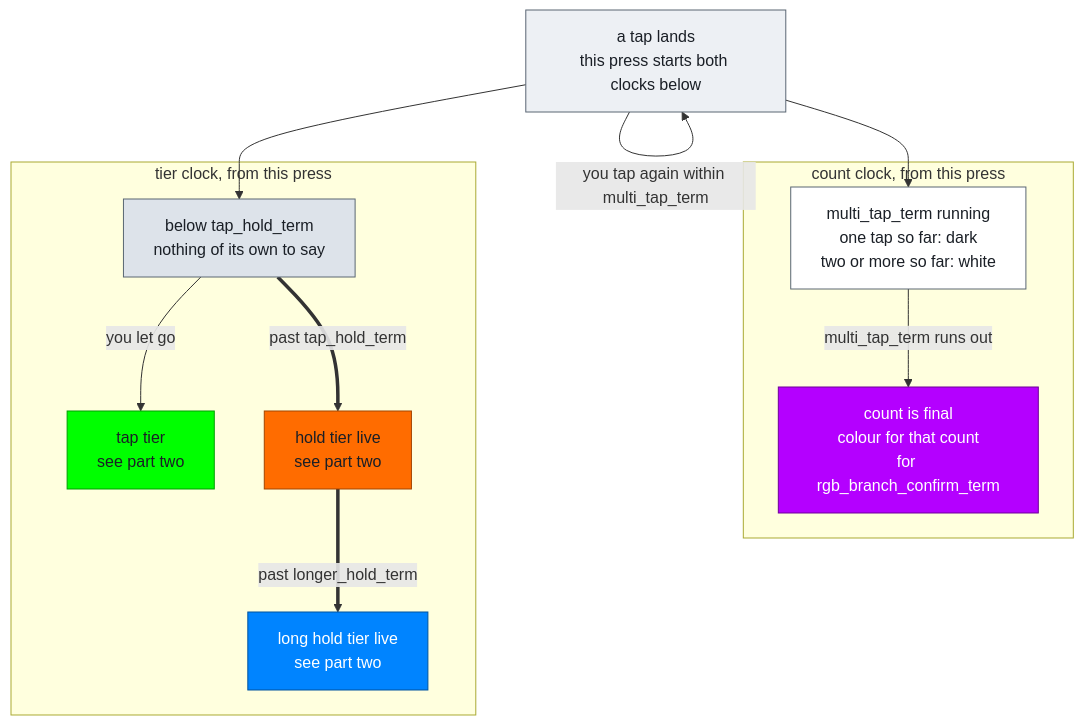
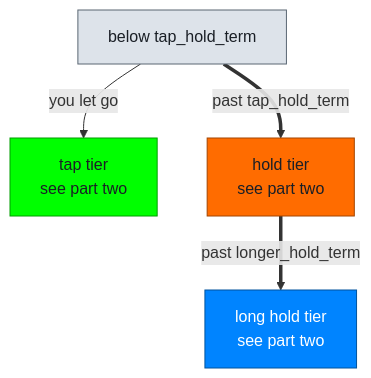
The second of 3 diagrams in docs/rgbflow.md (NoahCLR/charybdis-4x6), drawn with Mermaid before and after one commit. The commit also changed other lines of this file and 23 other files, not shown here.

````diff
--- a/docs/rgbflow.md
+++ b/docs/rgbflow.md
@@ -18,28 +57,12 @@
 ```mermaid
 flowchart TD
-    TAP["a tap lands<br>this press starts both clocks below"]
-    TAP -->|"you tap again within multi_tap_term"| TAP
+    BELOW["below tap_hold_term"]
+    BELOW -->|"you let go"| TT["tap tier<br>see part two"]
+    BELOW ==>|"past tap_hold_term"| HT["hold tier<br>see part two"]
+    HT ==>|"past longer_hold_term"| LT["long hold tier<br>see part two"]
 
-    TAP --> COUNTING
-    TAP --> BELOW
-
-    subgraph COUNT["count clock, from this press"]
-        COUNTING["multi_tap_term running<br>one tap so far: dark<br>two or more so far: white"]
-        COUNTING -->|"multi_tap_term runs out"| CONF["count is final<br>colour for that count<br>for rgb_branch_confirm_term"]
-    end
-
-    subgraph TIER["tier clock, from this press"]
-        BELOW["below tap_hold_term<br>nothing of its own to say"]
-        BELOW -->|"you let go"| TT["tap tier<br>see part two"]
-        BELOW ==>|"past tap_hold_term"| HT["hold tier live<br>see part two"]
-        HT ==>|"past longer_hold_term"| LT["long hold tier live<br>see part two"]
-    end
-
-    style TAP fill:#EDF0F4,stroke:#5A6673,color:#1A1F26
-    style COUNTING fill:#FFFFFF,stroke:#5A6673,color:#1A1F26
-    style CONF fill:#B400FF,stroke:#6E0099,color:#FFFFFF
     style BELOW fill:#DDE3EA,stroke:#5A6673,color:#1A1F26
     style TT fill:#00FF00,stroke:#009E00,color:#1A1F26
     style HT fill:#FF6C00,stroke:#A34500,color:#1A1F26
     style LT fill:#0084FF,stroke:#00539E,color:#FFFFFF
 ```
````
